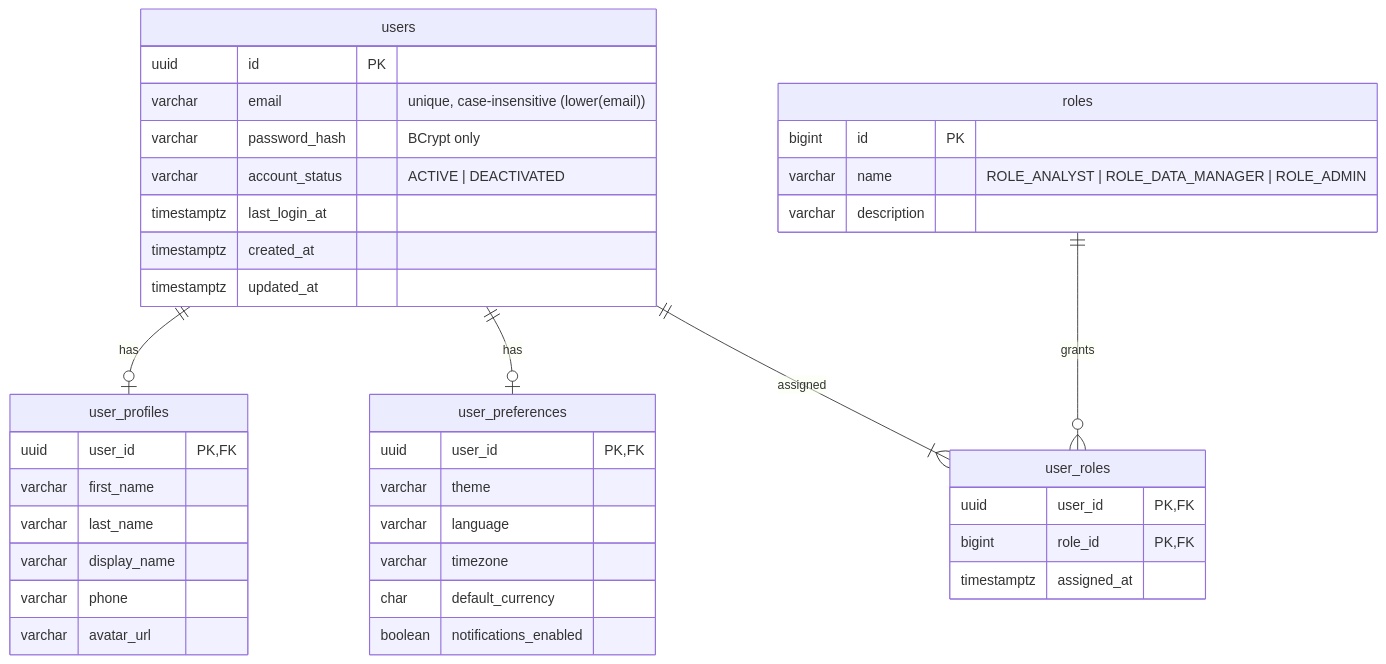
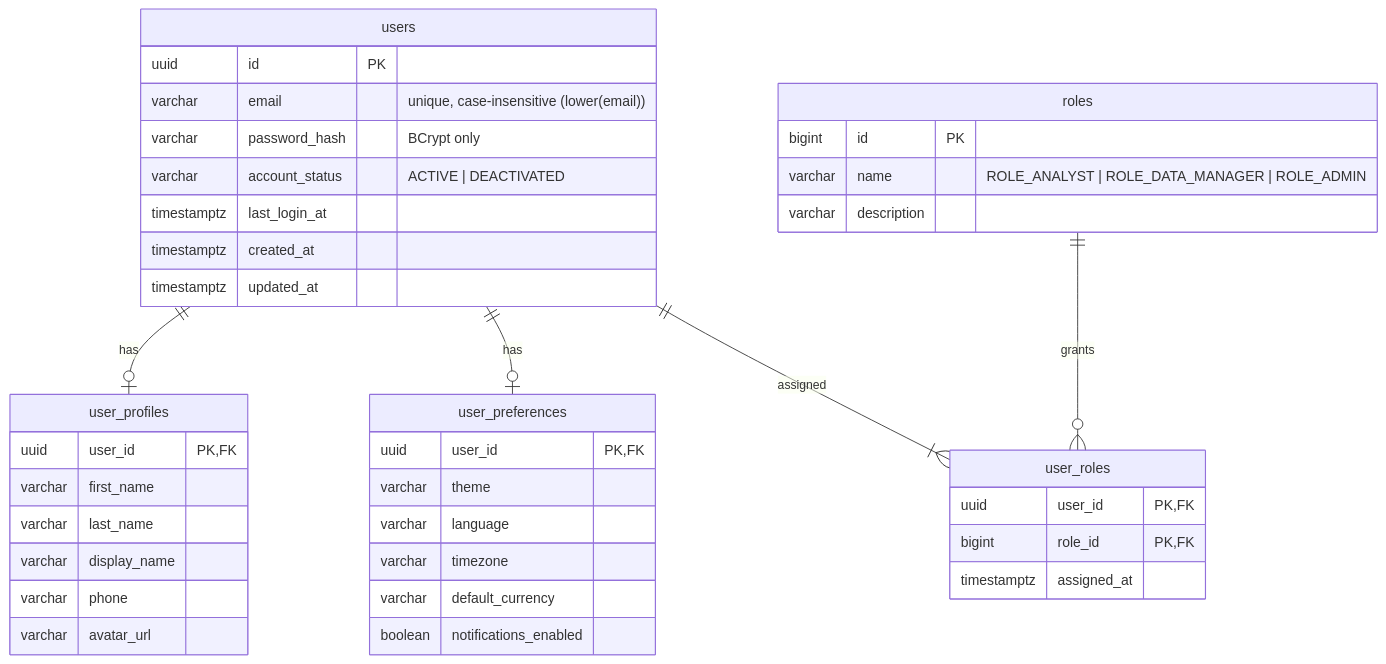
Before and after one commit to Danidu-Kulathunga/MarketLens: the diagram in docs/er-diagram.md, drawn with Mermaid. The commit also changed other lines of this file, not shown here.

First line of the commit message:
docs(db): align ER doc with V1 and V3

````diff
--- a/docs/er-diagram.md
+++ b/docs/er-diagram.md
@@ -3,43 +3,43 @@
 ```mermaid
 erDiagram
     users ||--o| user_profiles : "has"
     users ||--o| user_preferences : "has"
     users ||--|{ user_roles : "assigned"
     roles ||--o{ user_roles : "grants"
 
     users {
         uuid id PK
         varchar email "unique, case-insensitive (lower(email))"
         varchar password_hash "BCrypt only"
         varchar account_status "ACTIVE | DEACTIVATED"
         timestamptz last_login_at
         timestamptz created_at
         timestamptz updated_at
     }
     user_profiles {
         uuid user_id PK, FK
         varchar first_name
         varchar last_name
         varchar display_name
         varchar phone
         varchar avatar_url
     }
     roles {
         bigint id PK
         varchar name "ROLE_ANALYST | ROLE_DATA_MANAGER | ROLE_ADMIN"
         varchar description
     }
     user_roles {
         uuid user_id PK, FK
         bigint role_id PK, FK
         timestamptz assigned_at
     }
     user_preferences {
         uuid user_id PK, FK
         varchar theme
         varchar language
         varchar timezone
-        char default_currency
+        varchar default_currency
         boolean notifications_enabled
     }
 ```
````
